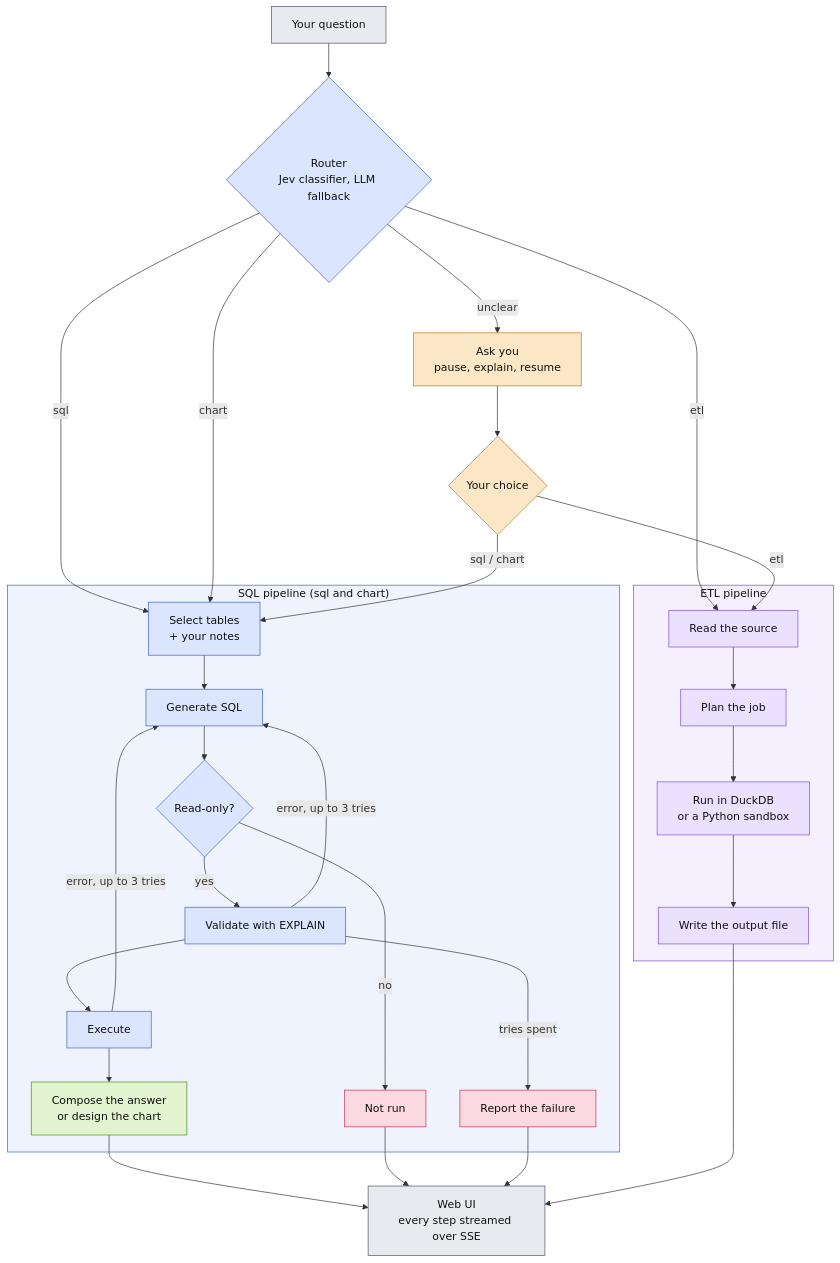
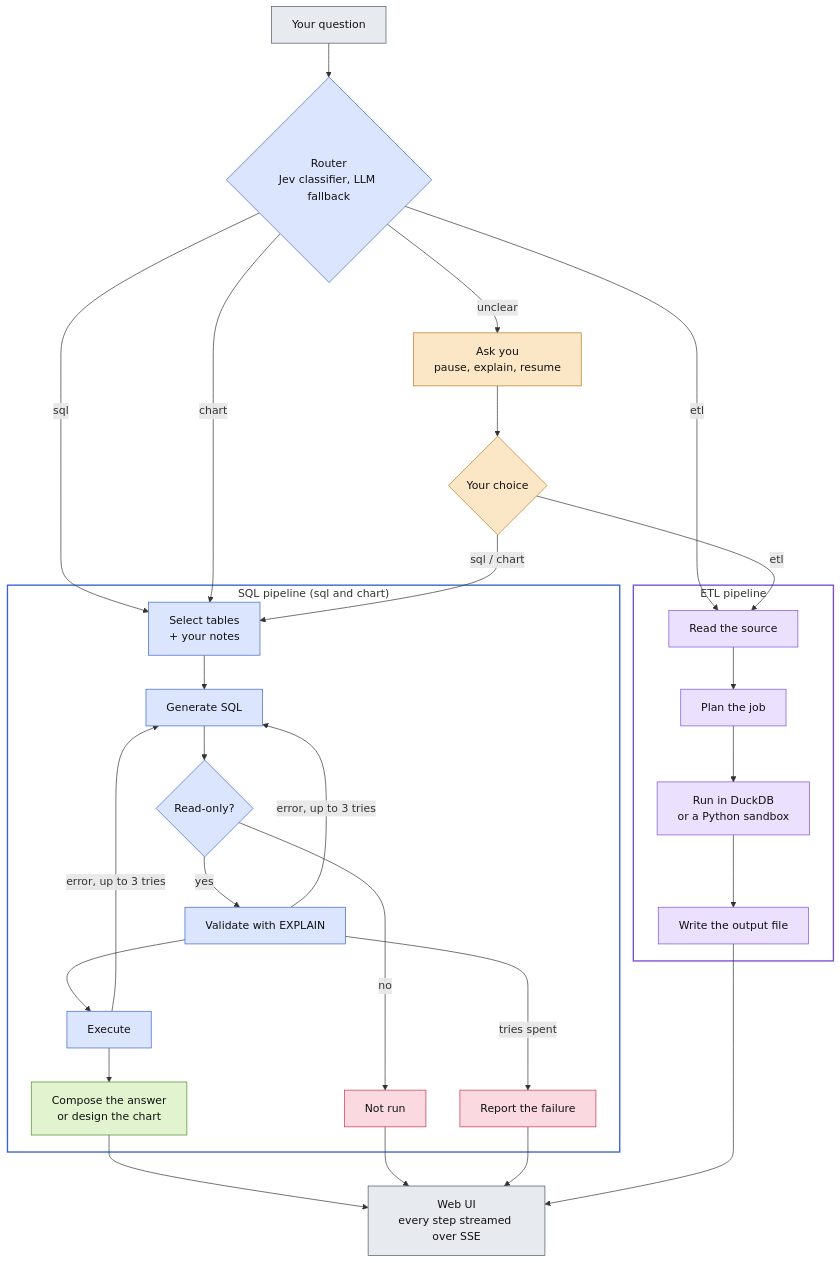
The diagram in README.md (sumit-0804/omniquery), drawn with Mermaid before and after one commit. The commit also changed other lines of this file and 8 other files, not shown here.

````diff
--- a/README.md
+++ b/README.md
@@ -22,52 +22,52 @@
 ```mermaid
 flowchart TD
     Q["Your question"] --> R{"Router<br/>Jev classifier, LLM fallback"}
     R -- "unclear" --> H["Ask you<br/>pause, explain, resume"]
     H --> R2{"Your choice"}
     R -- "sql" --> S1
     R -- "chart" --> S1
     R -- "etl" --> E1
     R2 -- "sql / chart" --> S1
     R2 -- "etl" --> E1
 
     subgraph SQL["SQL pipeline (sql and chart)"]
         S1["Select tables<br/>+ your notes"] --> S2["Generate SQL"]
         S2 --> S3{"Read-only?"}
         S3 -- "no" --> NR["Not run"]
         S3 -- "yes" --> S4["Validate with EXPLAIN"]
         S4 --> S5["Execute"]
         S4 -- "error, up to 3 tries" --> S2
         S5 -- "error, up to 3 tries" --> S2
         S5 --> S6["Compose the answer<br/>or design the chart"]
         S4 -- "tries spent" --> F["Report the failure"]
     end
 
     subgraph ETL["ETL pipeline"]
         E1["Read the source"] --> E2["Plan the job"]
         E2 --> E3["Run in DuckDB<br/>or a Python sandbox"]
         E3 --> E4["Write the output file"]
     end
 
     S6 --> UI["Web UI<br/>every step streamed over SSE"]
     NR --> UI
     F --> UI
     E4 --> UI
 
     classDef entry fill:#e7eaef,stroke:#4b5563,color:#111
     classDef router fill:#dbe5fd,stroke:#3b63c9,color:#111
     classDef human fill:#fbe7c6,stroke:#b7791f,color:#111
     classDef sql fill:#dbe5fd,stroke:#3b63c9,color:#111
     classDef etl fill:#ebe0fd,stroke:#7c4fd6,color:#111
     classDef ok fill:#e1f3cf,stroke:#4d8a1f,color:#111
     classDef stop fill:#fbd9e0,stroke:#c2334f,color:#111
 
     class Q,UI entry
     class R router
     class H,R2 human
     class S1,S2,S3,S4,S5 sql
     class S6 ok
     class E1,E2,E3,E4 etl
     class NR,F stop
-    style SQL fill:#eef3fe,stroke:#3b63c9,color:#111
-    style ETL fill:#f5effe,stroke:#7c4fd6,color:#111
+    style SQL fill:transparent,stroke:#3b63c9,stroke-width:2px
+    style ETL fill:transparent,stroke:#7c4fd6,stroke-width:2px
 ```
````
